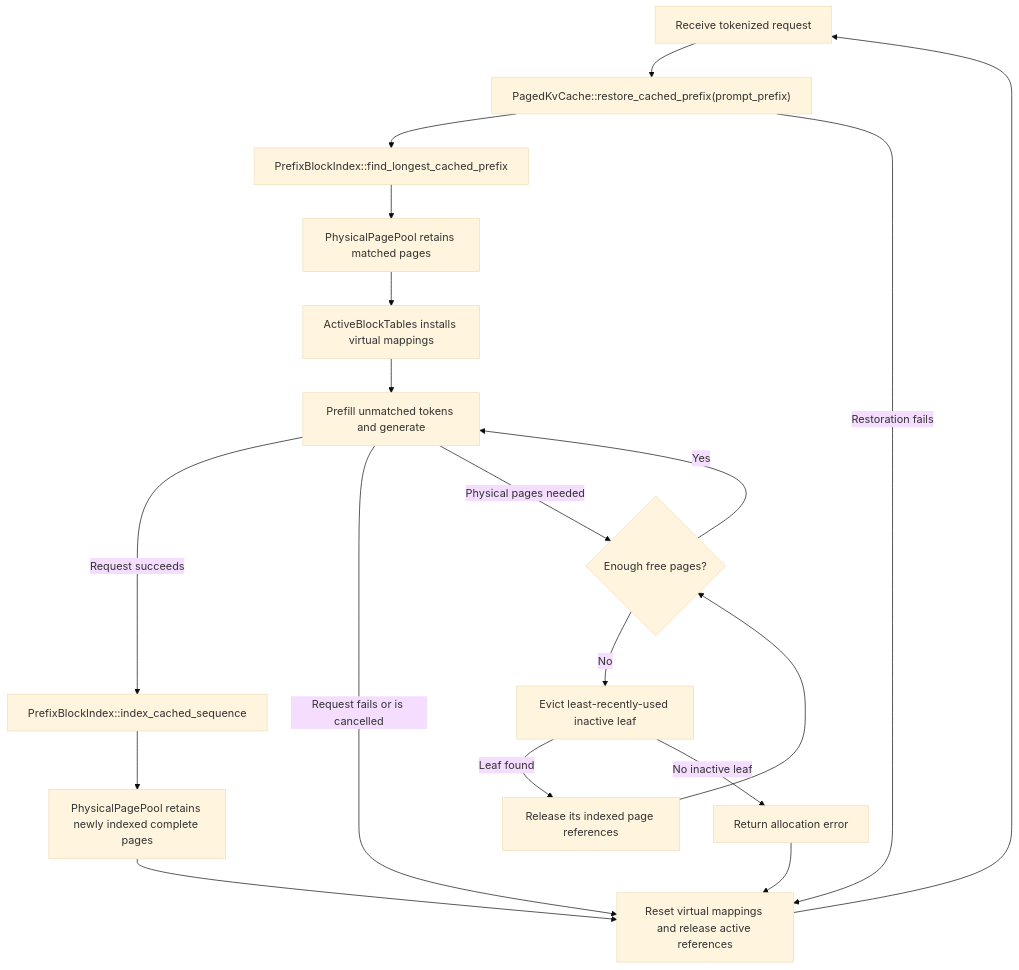
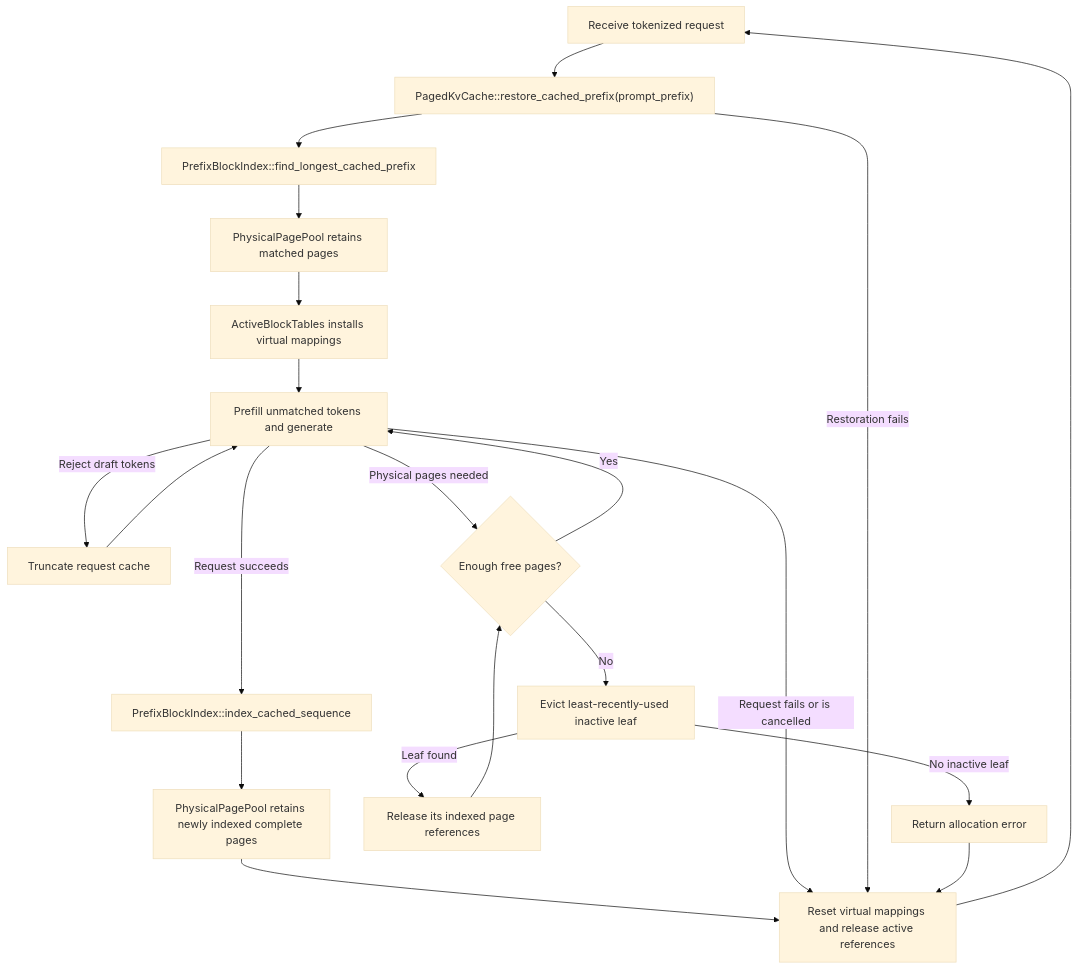
One commit to lun0522/mini-vllm-rs changed the second of 3 diagrams in src/model_runner/server/kv_cache/README.md. Above: the diagram before and after it, drawn with Mermaid (base theme). The commit also changed other lines of this file and 9 other files, not shown here.

First line of the commit message:
Docs: Streamline READMEs and expand architecture documentation

````diff
--- a/src/model_runner/server/kv_cache/README.md
+++ b/src/model_runner/server/kv_cache/README.md
@@ -72,21 +84,23 @@
 ```mermaid
 flowchart TD
     Request[Receive tokenized request] --> Restore["PagedKvCache::restore_cached_prefix(prompt_prefix)"]
     Restore --> Find["PrefixBlockIndex::find_longest_cached_prefix"]
     Find --> RetainMatch["PhysicalPagePool retains matched pages"]
     RetainMatch --> Attach["ActiveBlockTables installs virtual mappings"]
     Attach --> Work[Prefill unmatched tokens and generate]
+    Work -->|Reject draft tokens| Truncate[Truncate request cache]
+    Truncate --> Work
     Work -->|Request succeeds| Index["PrefixBlockIndex::index_cached_sequence"]
     Index --> RetainNew["PhysicalPagePool retains newly indexed complete pages"]
     RetainNew --> Reset["Reset virtual mappings and release active references"]
     Work -->|Request fails or is cancelled| Reset
     Restore -->|Restoration fails| Reset
     Reset --> Request
     Work -->|Physical pages needed| Available{Enough free pages?}
     Available -->|Yes| Work
     Available -->|No| Evict["Evict least-recently-used inactive leaf"]
     Evict -->|Leaf found| Release["Release its indexed page references"]
     Release --> Available
     Evict -->|No inactive leaf| Fail[Return allocation error]
     Fail --> Reset
 ```
````
